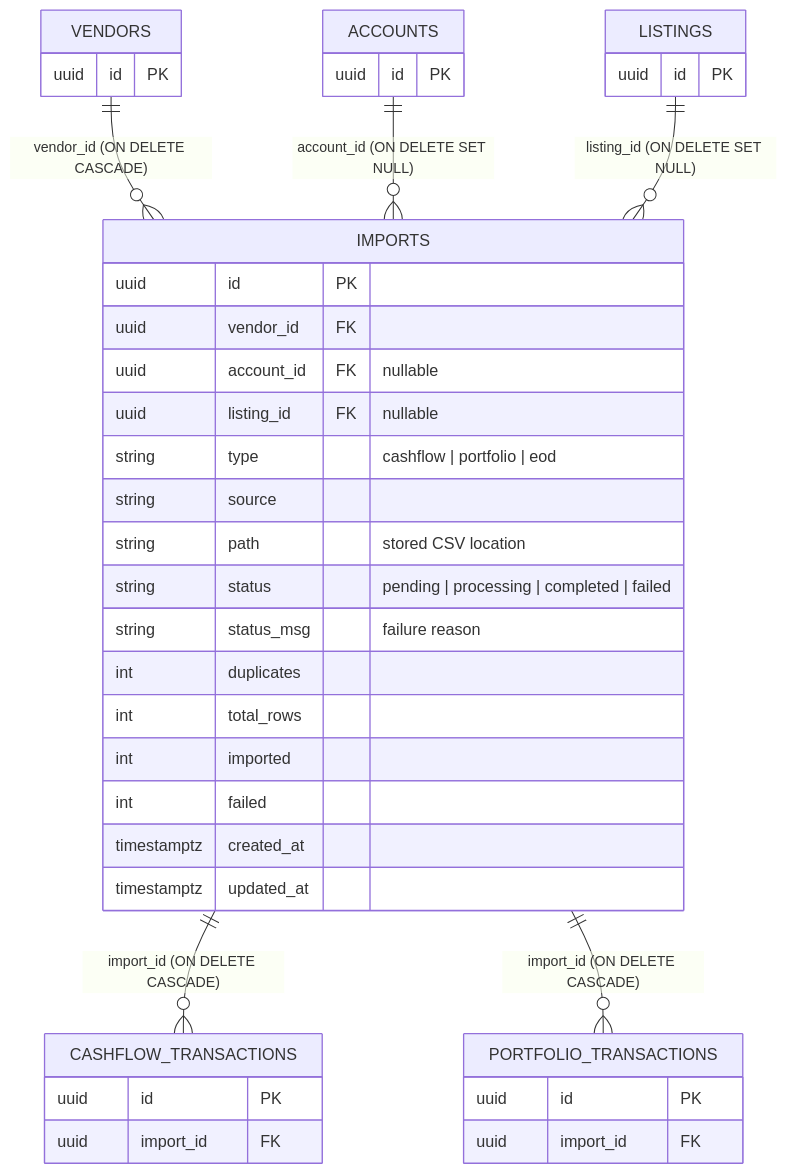
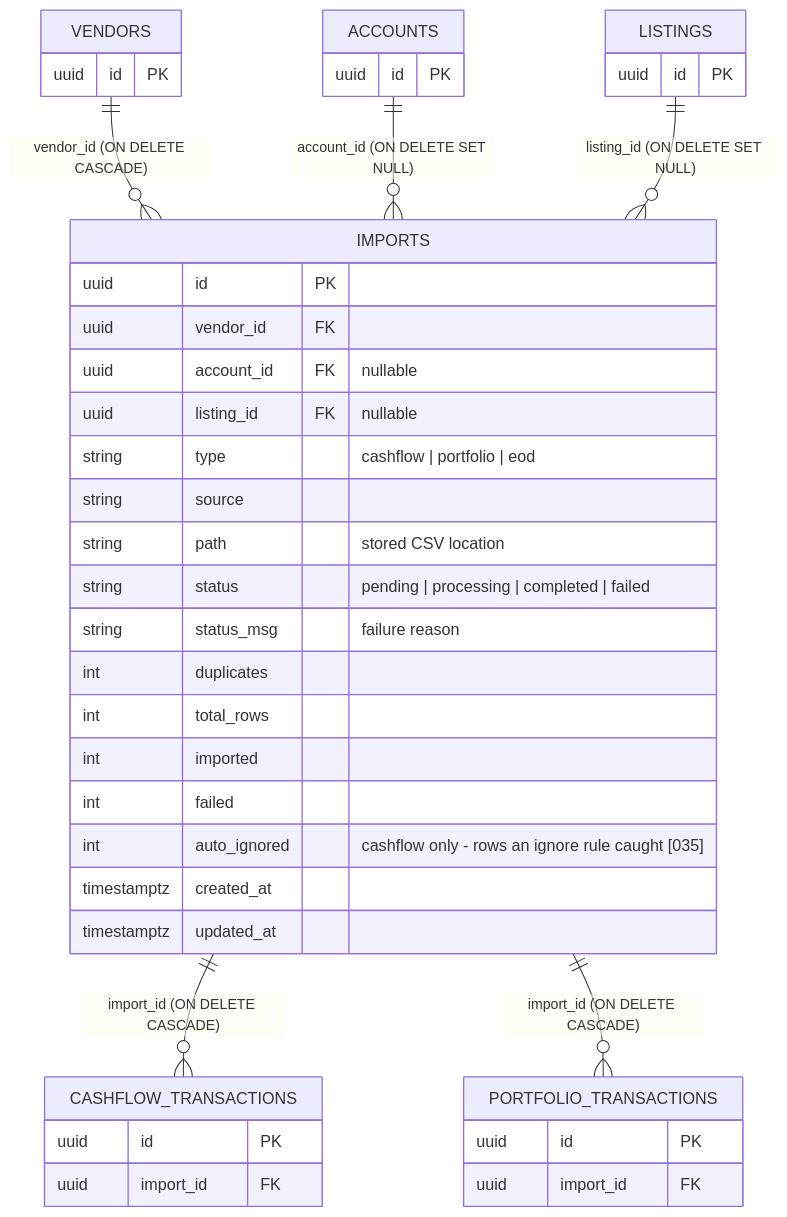
One commit to lennardclaproth/ta11y changed the second of 4 diagrams in apps/api/docs/features/[002]_CSV_IMPORTS.md. Above: the diagram before and after it, drawn with Mermaid. The commit also changed other lines of this file and 188 other files, not shown here.

````diff
--- a/apps/api/docs/features/[002]_CSV_IMPORTS.md
+++ b/apps/api/docs/features/[002]_CSV_IMPORTS.md
@@ -115,43 +115,44 @@
 ```mermaid
 erDiagram
     VENDORS   ||--o{ IMPORTS : "vendor_id (ON DELETE CASCADE)"
     ACCOUNTS  ||--o{ IMPORTS : "account_id (ON DELETE SET NULL)"
     LISTINGS  ||--o{ IMPORTS : "listing_id (ON DELETE SET NULL)"
     IMPORTS   ||--o{ CASHFLOW_TRANSACTIONS  : "import_id (ON DELETE CASCADE)"
     IMPORTS   ||--o{ PORTFOLIO_TRANSACTIONS : "import_id (ON DELETE CASCADE)"
 
     IMPORTS {
         uuid id PK
         uuid vendor_id FK
         uuid account_id FK "nullable"
         uuid listing_id FK "nullable"
         string type "cashflow | portfolio | eod"
         string source
         string path "stored CSV location"
         string status "pending | processing | completed | failed"
         string status_msg "failure reason"
         int duplicates
         int total_rows
         int imported
         int failed
+        int auto_ignored "cashflow only - rows an ignore rule caught [035]"
         timestamptz created_at
         timestamptz updated_at
     }
     VENDORS {
         uuid id PK
     }
     ACCOUNTS {
         uuid id PK
     }
     LISTINGS {
         uuid id PK
     }
     CASHFLOW_TRANSACTIONS {
         uuid id PK
         uuid import_id FK
     }
     PORTFOLIO_TRANSACTIONS {
         uuid id PK
         uuid import_id FK
     }
 ```
````
